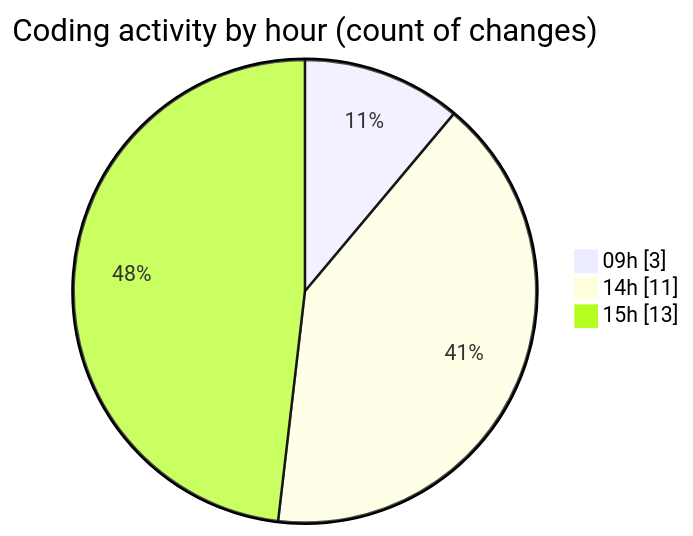
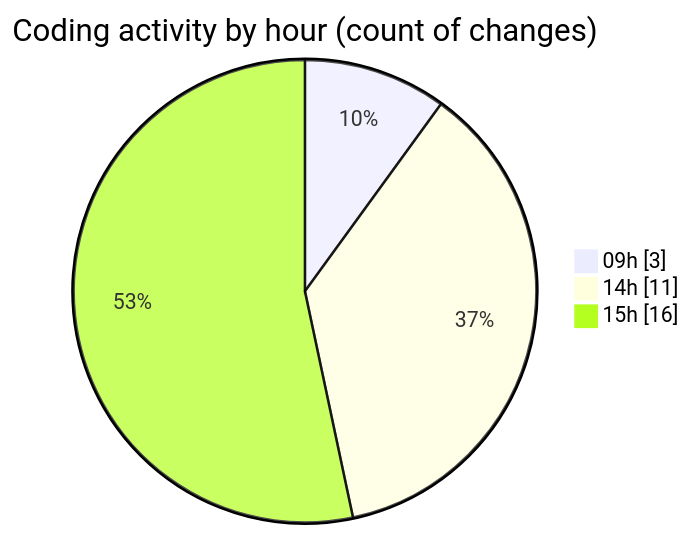
One commit to momahboobian/code-tracking changed the second of 2 diagrams in 2025-08-11/cda/README.md. Above: the diagram before and after it, drawn with Mermaid. The commit also changed other lines of this file and 1 other file, not shown here.

````diff
--- a/2025-08-11/cda/README.md
+++ b/2025-08-11/cda/README.md
@@ -32,7 +32,7 @@
 ```mermaid
 pie showData
 title Coding activity by hour (count of changes)
 "09h" : 3
 "14h" : 11
-"15h" : 13
+"15h" : 16
 ```
````
